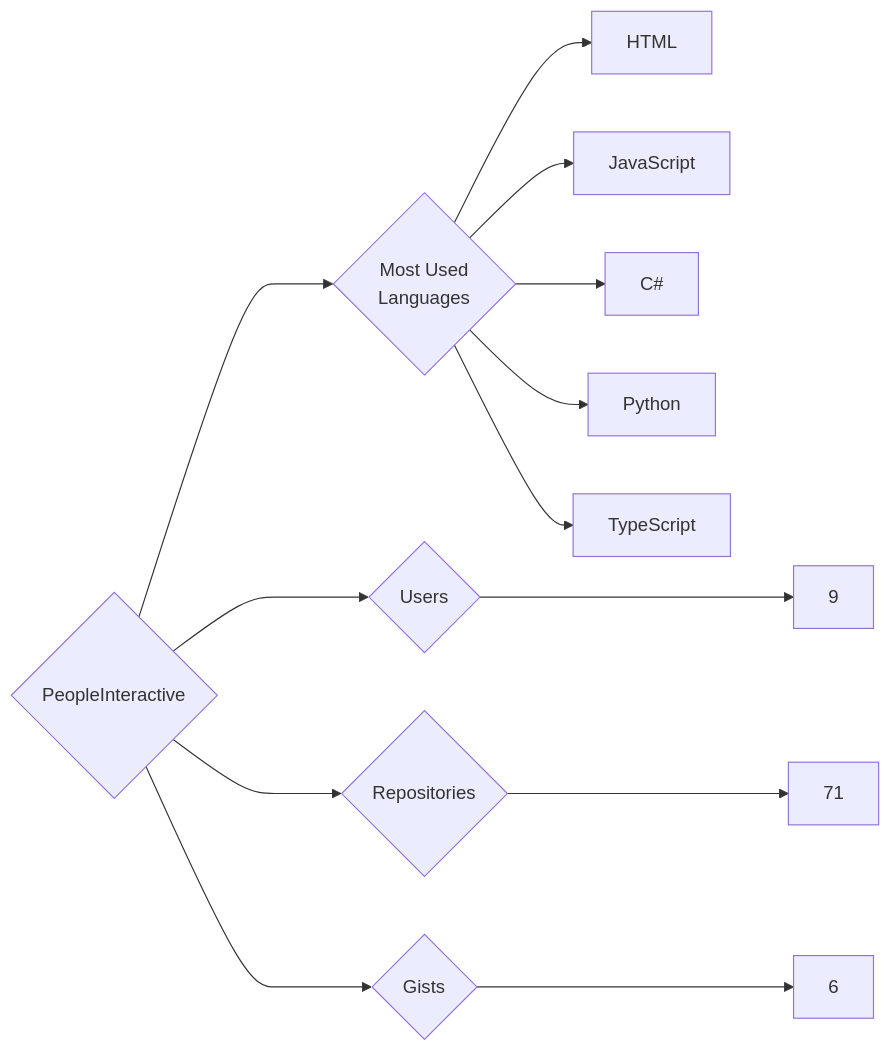
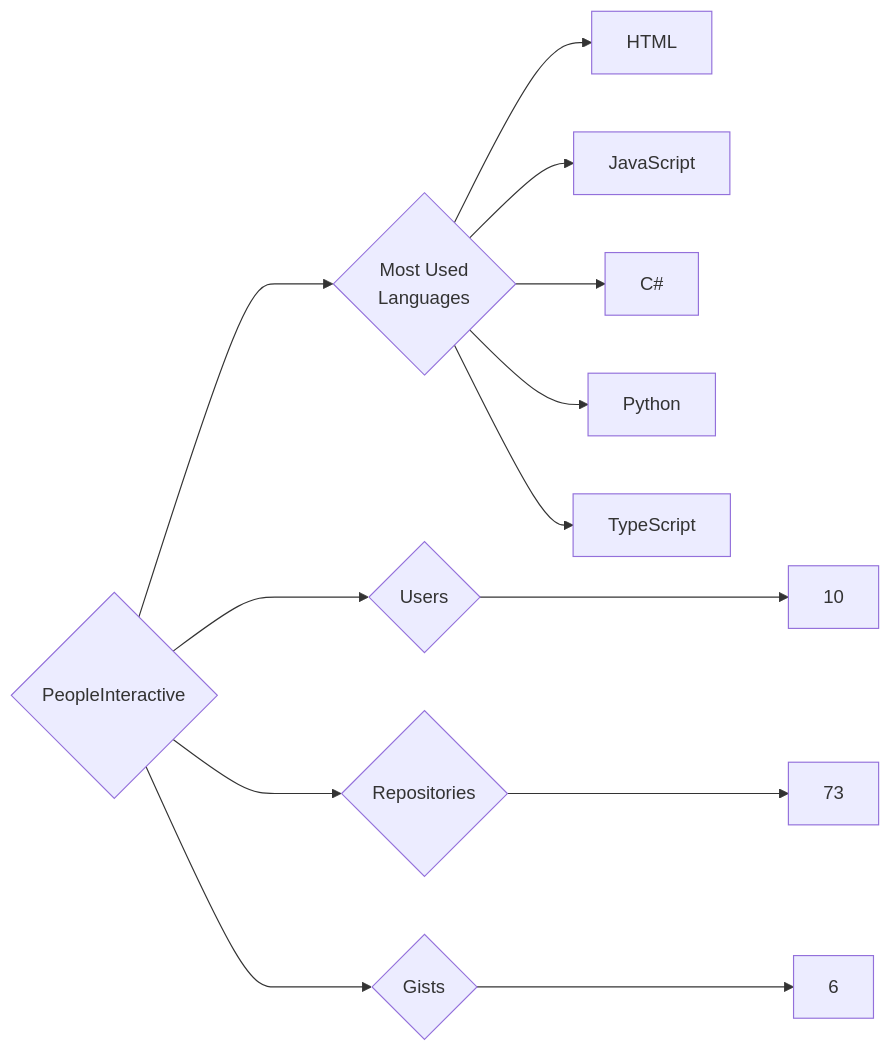
The diagram in targets/PeopleInteractive/README.md (trickest/insiders), drawn with Mermaid before and after one commit. The commit also changed 829 other files, not shown here.

````diff
--- a/targets/PeopleInteractive/README.md
+++ b/targets/PeopleInteractive/README.md
@@ -3,13 +3,13 @@
 ```mermaid
 graph LR
 COMPANY_NAME{PeopleInteractive}
-COMPANY_NAME ---> U{Users} ---> UN[9]
-COMPANY_NAME ---> R{Repositories} ---> RN[71]
+COMPANY_NAME ---> U{Users} ---> UN[10]
+COMPANY_NAME ---> R{Repositories} ---> RN[73]
 COMPANY_NAME ---> G{Gists} ---> GN[6]
 COMPANY_NAME ---> ML{Most Used<br>Languages}
 ML --> HTML[HTML]
 ML --> JavaScript[JavaScript]
 ML --> C#[C#]
 ML --> Python[Python]
 ML --> TypeScript[TypeScript]
 ```
````
